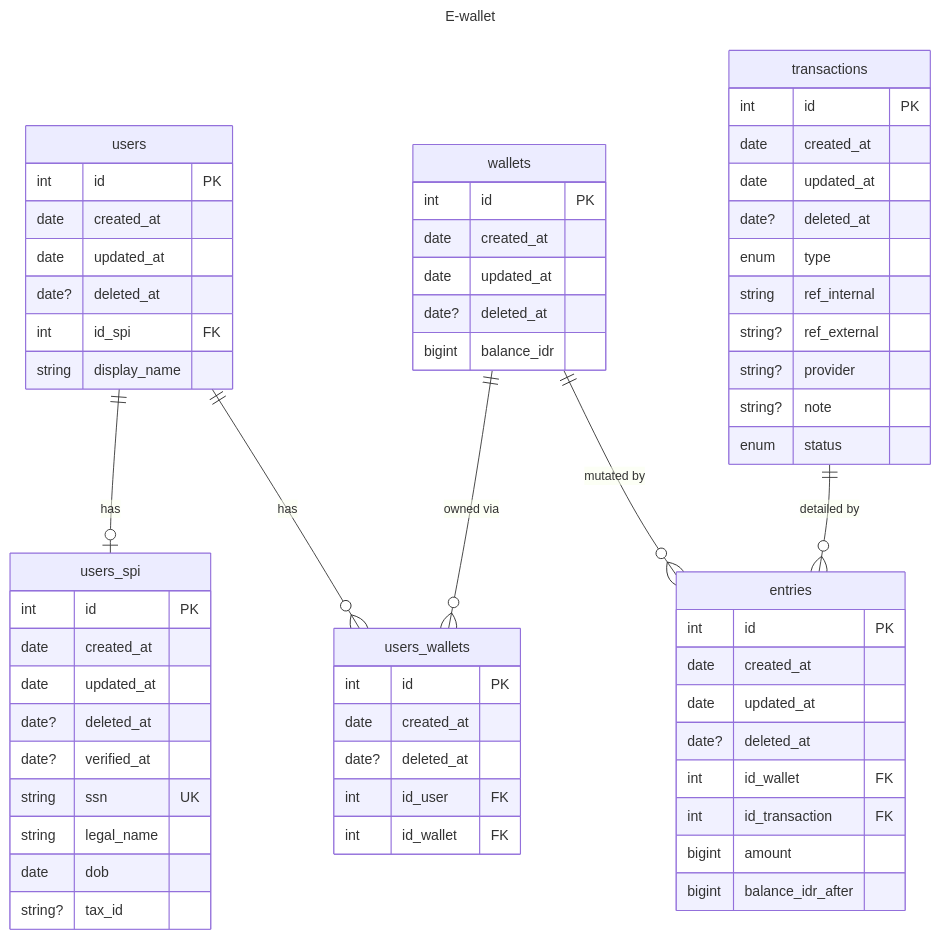
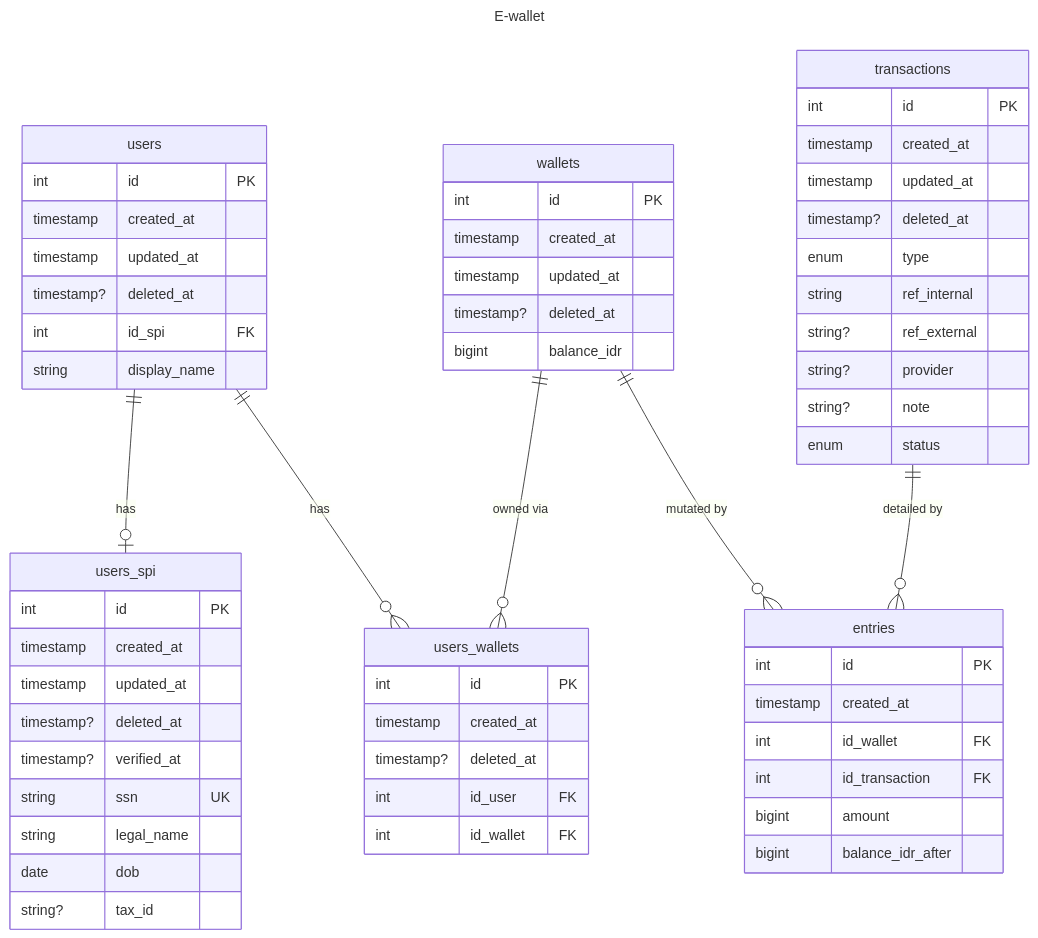
The diagram in README.md (ryansuhartanto/koda-b8-ewallet-cli), drawn with Mermaid before and after one commit.

Commit message:
fix: use timestamp

```diff
--- a/README.md
+++ b/README.md
@@ -10,8 +10,8 @@
 
 users ||--O| users_spi : "has"
 
-users   ||--o{ users_wallets : "has"
-wallets ||--o{ users_wallets : "owned via"
+users   ||--O{ users_wallets : "has"
+wallets ||--O{ users_wallets : "owned via"
 
 transactions ||--O{ entries : "detailed by"
 wallets      ||--O{ entries : "mutated by"
@@ -19,9 +19,9 @@
 users {
     int id PK
 
-    date  created_at
-    date  updated_at
-    date? deleted_at
+    timestamp  created_at
+    timestamp  updated_at
+    timestamp? deleted_at
 
     int id_spi FK
 
@@ -32,11 +32,11 @@
 users_spi {
     int id PK
 
-    date  created_at
-    date  updated_at
-    date? deleted_at
+    timestamp  created_at
+    timestamp  updated_at
+    timestamp? deleted_at
 
-    date? verified_at
+    timestamp? verified_at
 
     string ssn        UK
     string legal_name
@@ -48,9 +48,9 @@
 wallets {
     int id PK
 
-    date  created_at
-    date  updated_at
-    date? deleted_at
+    timestamp  created_at
+    timestamp  updated_at
+    timestamp? deleted_at
 
     bigint balance_idr
 }
@@ -58,8 +58,8 @@
 users_wallets {
     int id PK
 
-    date  created_at
-    date? deleted_at
+    timestamp  created_at
+    timestamp? deleted_at
 
     int id_user   FK
     int id_wallet FK
@@ -68,9 +68,9 @@
 transactions {
     int id PK
 
-    date  created_at
-    date  updated_at
-    date? deleted_at
+    timestamp  created_at
+    timestamp  updated_at
+    timestamp? deleted_at
 
     enum type
 
@@ -85,9 +85,7 @@
 entries {
     int id PK
 
-    date  created_at
-    date  updated_at
-    date? deleted_at
+    timestamp created_at
 
     int id_wallet      FK
     int id_transaction FK
```
